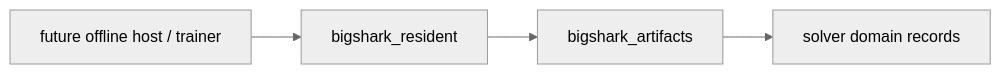
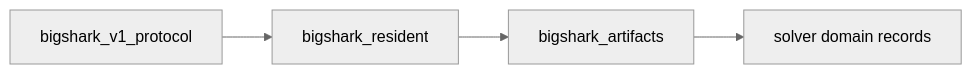
The fourth of 5 diagrams in docs/design/gto-engine.md (Zzzode/BigShark), drawn with Mermaid (neutral theme) before and after one commit. The commit also changed other lines of this file and 7 other files, not shown here.

````diff
--- a/docs/design/gto-engine.md
+++ b/docs/design/gto-engine.md
@@ -684,6 +705,6 @@
 ```mermaid
 flowchart LR
-  Future[future offline host / trainer] --> Resident[bigshark_resident]
+  V1[bigshark_v1_protocol] --> Resident[bigshark_resident]
   Resident --> Artifacts[bigshark_artifacts]
   Artifacts --> Solver[solver domain records]
 ```
````
